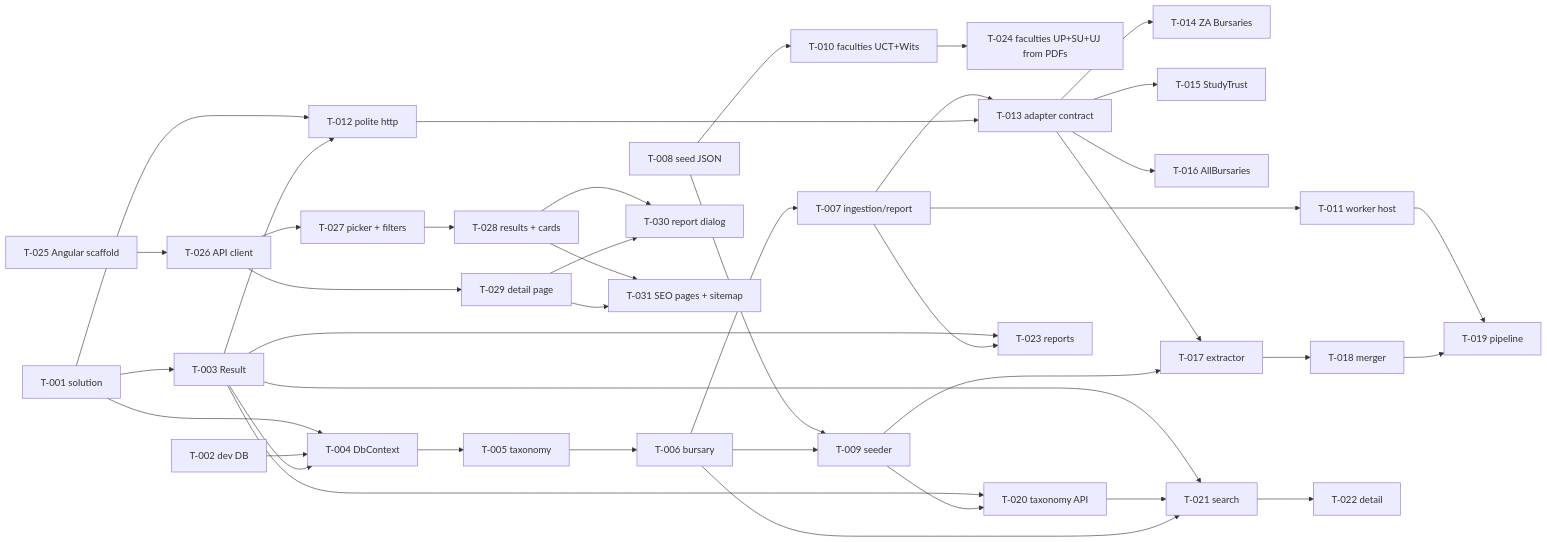
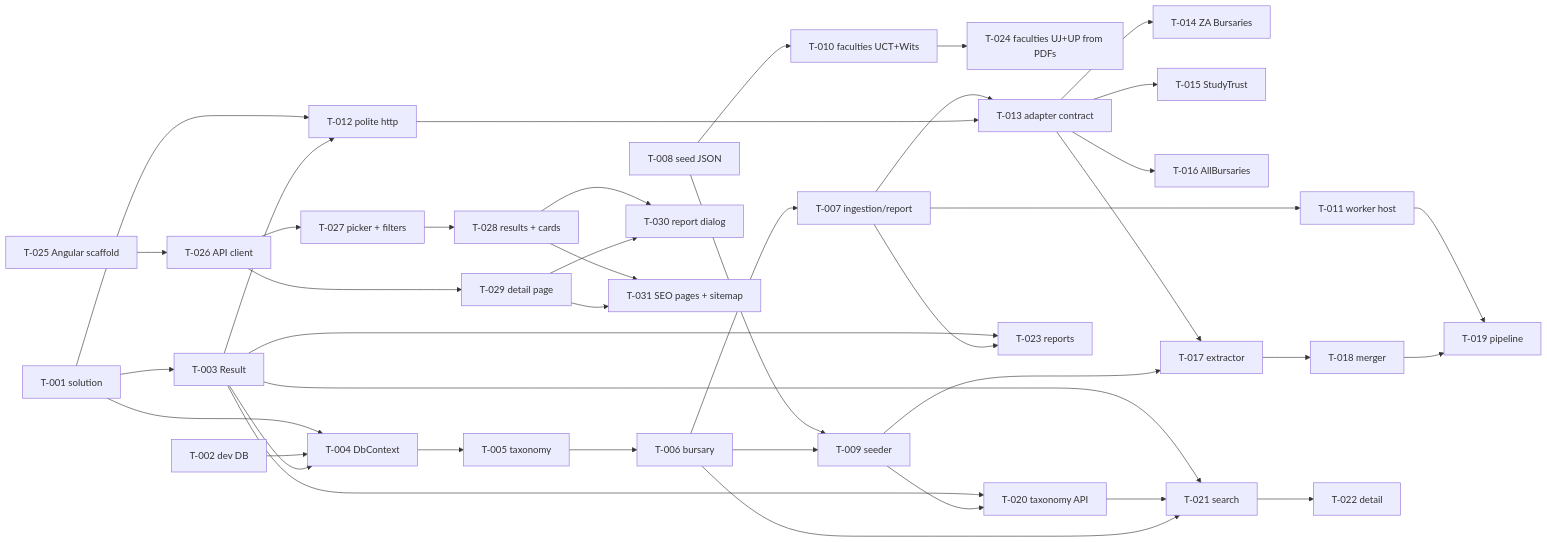
The diagram in tasks/README.md (cssedi/getabursary), drawn with Mermaid before and after one commit. The commit also changed 20 other files, not shown here.

````diff
--- a/tasks/README.md
+++ b/tasks/README.md
@@ -27,43 +27,43 @@
 ```mermaid
 graph LR
   T001[T-001 solution] --> T003[T-003 Result]
   T001 --> T004[T-004 DbContext]
   T002[T-002 dev DB] --> T004
   T003 --> T004
   T004 --> T005[T-005 taxonomy]
   T005 --> T006[T-006 bursary]
   T006 --> T007[T-007 ingestion/report]
   T008[T-008 seed JSON] --> T009[T-009 seeder]
   T006 --> T009
   T008 --> T010[T-010 faculties UCT+Wits]
-  T010 --> T024[T-024 faculties UP+SU+UJ from PDFs]
+  T010 --> T024[T-024 faculties UJ+UP from PDFs]
   T007 --> T011[T-011 worker host]
   T001 --> T012[T-012 polite http]
   T003 --> T012
   T007 --> T013[T-013 adapter contract]
   T012 --> T013
   T013 --> T014[T-014 ZA Bursaries]
   T013 --> T015[T-015 StudyTrust]
   T013 --> T016[T-016 AllBursaries]
   T013 --> T017[T-017 extractor]
   T009 --> T017
   T017 --> T018[T-018 merger]
   T011 --> T019[T-019 pipeline]
   T018 --> T019
   T003 --> T020[T-020 taxonomy API]
   T009 --> T020
   T003 --> T021[T-021 search]
   T020 --> T021
   T006 --> T021
   T021 --> T022[T-022 detail]
   T003 --> T023[T-023 reports]
   T007 --> T023
   T025[T-025 Angular scaffold] --> T026[T-026 API client]
   T026 --> T027[T-027 picker + filters]
   T027 --> T028[T-028 results + cards]
   T026 --> T029[T-029 detail page]
   T028 --> T030[T-030 report dialog]
   T029 --> T030
   T028 --> T031[T-031 SEO pages + sitemap]
   T029 --> T031
 ```
````
